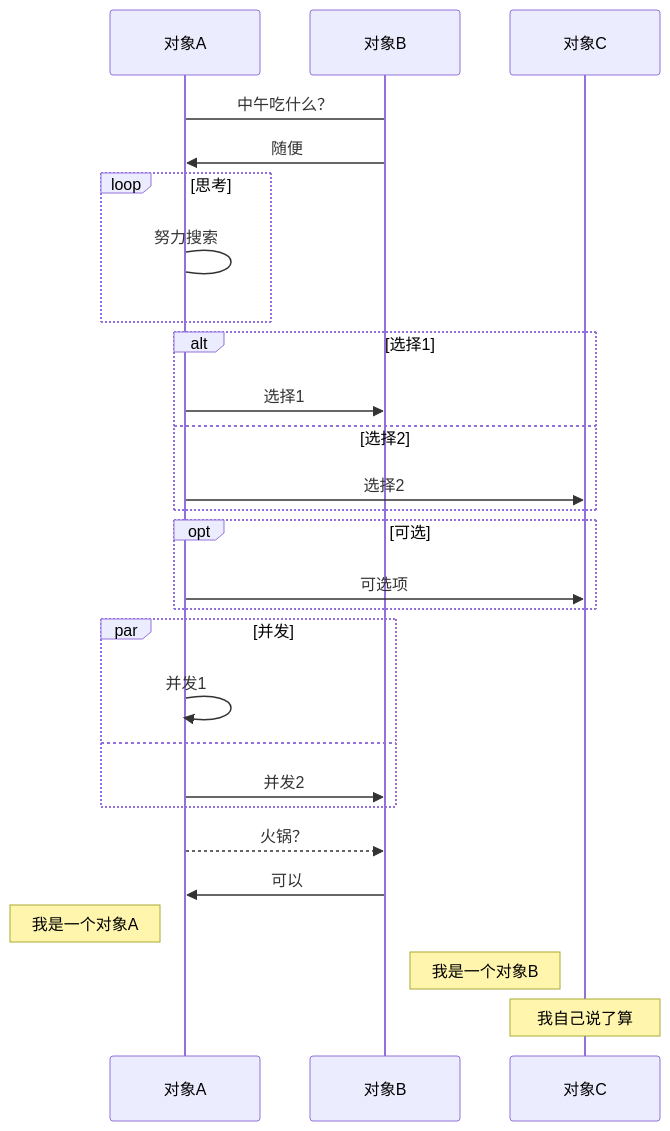
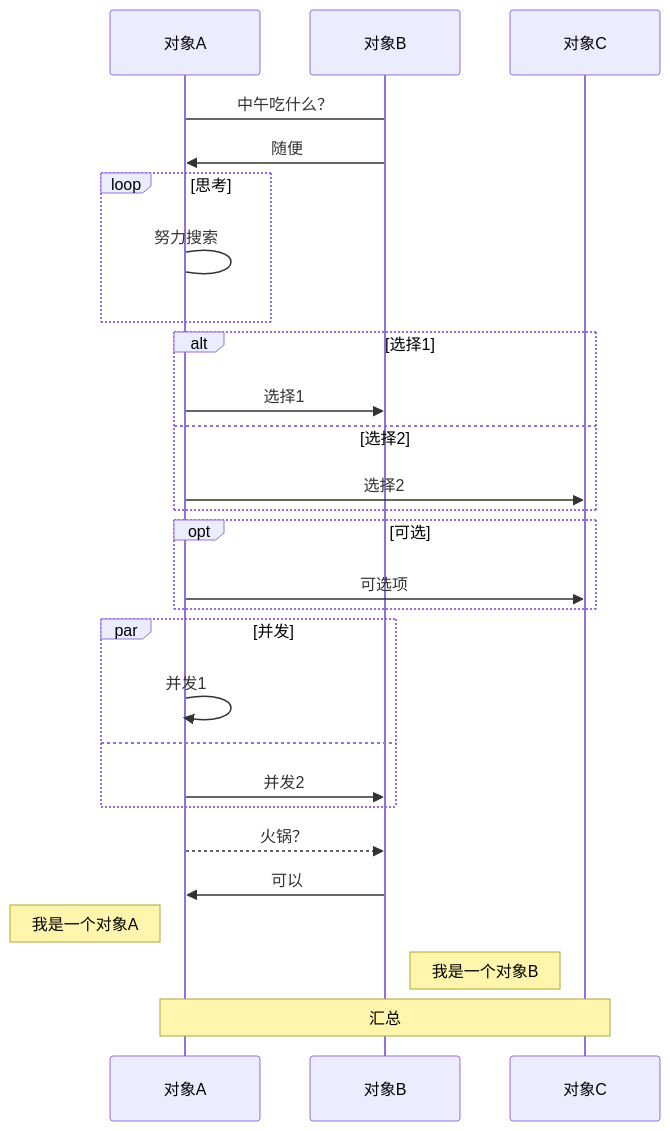
Before and after one commit to hanjingo/doc: the second of 13 diagrams in LANG/markdown.md, drawn with Mermaid. The commit also changed other lines of this file and 6 other files, not shown here.

````diff
--- a/LANG/markdown.md
+++ b/LANG/markdown.md
@@ -829,27 +829,27 @@
 ```mermaid
 sequenceDiagram
 对象A->对象B:中午吃什么？
 对象B->>对象A: 随便
 loop 思考
     对象A->对象A: 努力搜索
 end
 alt 选择1
 	对象A->>对象B: 选择1
 else 选择2
 	对象A->>对象C: 选择2
 end
 opt 可选
 	对象A->>对象C: 可选项
 end
 par 并发
 	对象A->>对象A: 并发1
 and
 	对象A->>对象B: 并发2
 end
 对象A-->>对象B: 火锅？
 对象B->>对象A: 可以
 Note left of 对象A: 我是一个对象A
 Note right of 对象B: 我是一个对象B
 participant 对象C
-Note over 对象C: 我自己说了算
+Note over 对象A,对象C: 汇总
 ```
````
